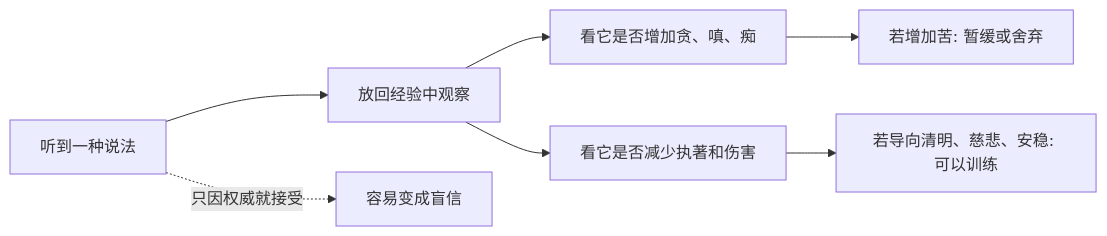
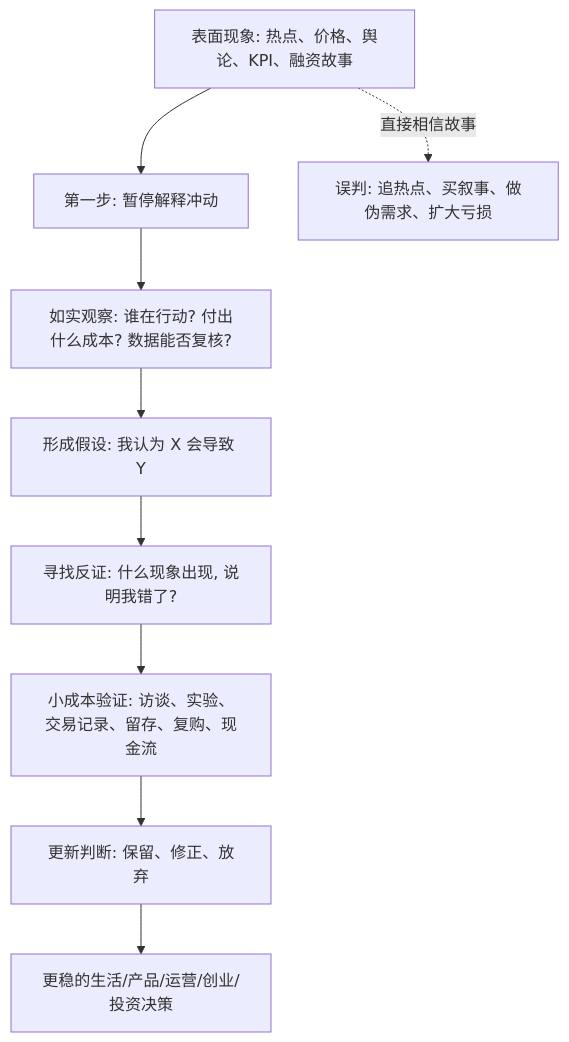
Before and after one commit to digoal/blog: the diagram in 202605/20260518_58.md, drawn with Mermaid. The commit also changed other lines of this file and 15 other files, not shown here.

````diff
--- a/202605/20260518_58.md
+++ b/202605/20260518_58.md
@@ -22,9 +24,11 @@
 ```mermaid
-flowchart LR
-  A["听到一种说法"] --> B["放回经验中观察"]
-  B --> C["看它是否增加贪、嗔、痴"]
-  B --> D["看它是否减少执著和伤害"]
-  C --> E["若增加苦: 暂缓或舍弃"]
-  D --> F["若导向清明、慈悲、安稳: 可以训练"]
-  A -. "只因权威就接受" .-> G["容易变成盲信"]
+flowchart TD
+  A["表面现象: 热点、价格、舆论、KPI、融资故事"] --> B["第一步: 暂停解释冲动"]
+  B --> C["如实观察: 谁在行动? 付出什么成本? 数据能否复核?"]
+  C --> D["形成假设: 我认为 X 会导致 Y"]
+  D --> E["寻找反证: 什么现象出现, 说明我错了?"]
+  E --> F["小成本验证: 访谈、实验、交易记录、留存、复购、现金流"]
+  F --> G["更新判断: 保留、修正、放弃"]
+  G --> H["更稳的生活/产品/运营/创业/投资决策"]
+  A -. "直接相信故事" .-> I["误判: 追热点、买叙事、做伪需求、扩大亏损"]
 ```
````
